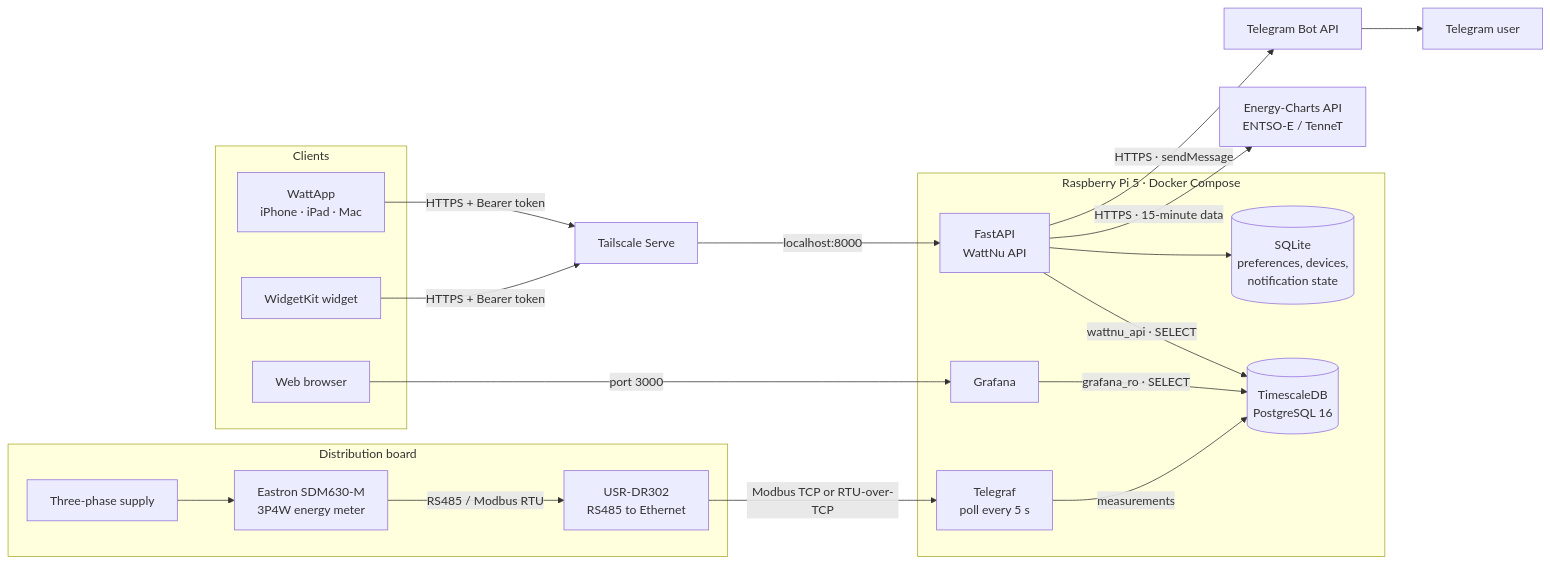
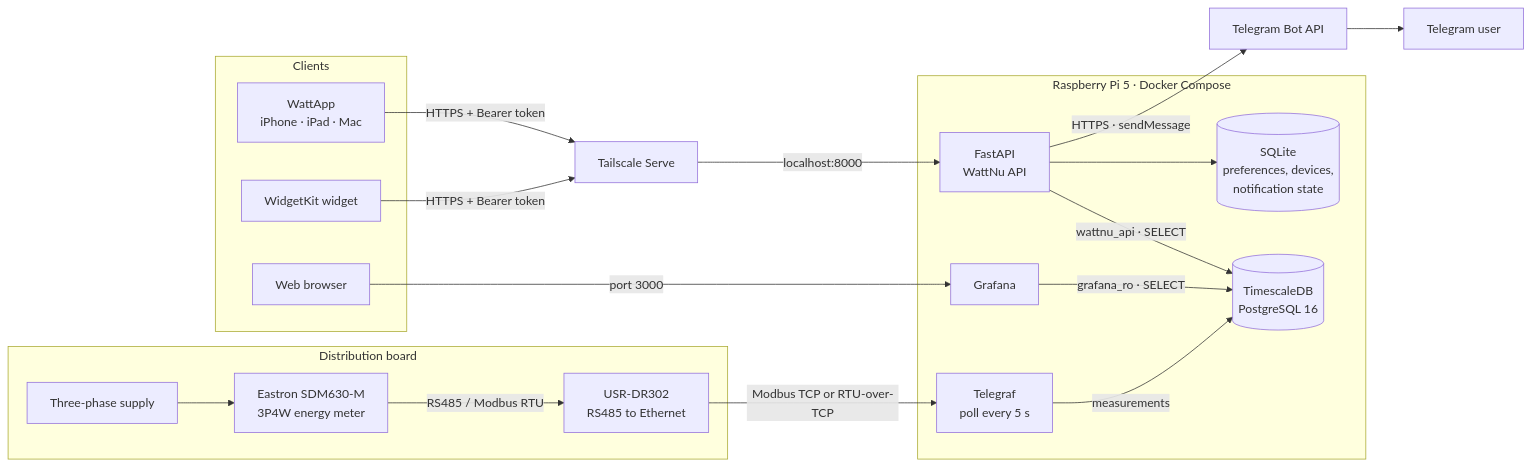
Before and after one commit to pieterleek/EnergieApp-WattNu: the first of 5 diagrams in README.md, drawn with Mermaid. The commit also changed other lines of this file and 29 other files, not shown here.

````diff
--- a/README.md
+++ b/README.md
@@ -162,38 +162,37 @@
 ```mermaid
 flowchart LR
     subgraph Cabinet[Distribution board]
         Grid[Three-phase supply]
         SDM[Eastron SDM630-M<br/>3P4W energy meter]
         DR[USR-DR302<br/>RS485 to Ethernet]
         Grid --> SDM
         SDM -- "RS485 / Modbus RTU" --> DR
     end
 
     subgraph Pi[Raspberry Pi 5 · Docker Compose]
         Telegraf[Telegraf<br/>poll every 5 s]
         DB[(TimescaleDB<br/>PostgreSQL 16)]
         API[FastAPI<br/>WattNu API]
         Grafana[Grafana]
         SQLite[(SQLite<br/>preferences, devices,<br/>notification state)]
         Telegraf -->|measurements| DB
         API -->|wattnu_api · SELECT| DB
         Grafana -->|grafana_ro · SELECT| DB
         API --> SQLite
     end
 
     DR -- "Modbus TCP or RTU-over-TCP" --> Telegraf
 
     subgraph Clients[Clients]
         App[WattApp<br/>iPhone · iPad · Mac]
         Widget[WidgetKit widget]
         Browser[Web browser]
     end
 
     App -->|HTTPS + Bearer token| TS[Tailscale Serve]
     Widget -->|HTTPS + Bearer token| TS
     TS -->|localhost:8000| API
     Browser -->|port 3000| Grafana
-    API -->|HTTPS · 15-minute data| EC[Energy-Charts API<br/>ENTSO-E / TenneT]
     API -->|HTTPS · sendMessage| TG[Telegram Bot API]
     TG --> User[Telegram user]
 ```
````
